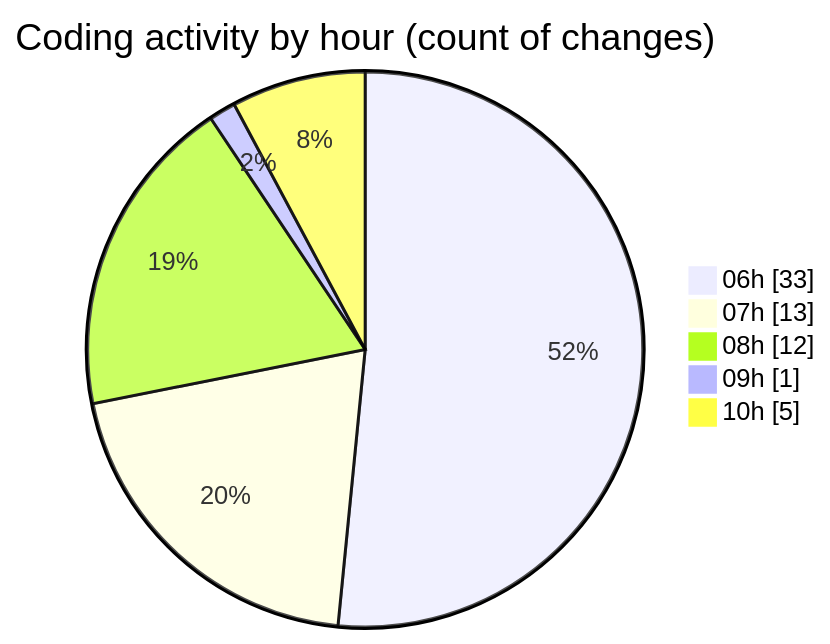
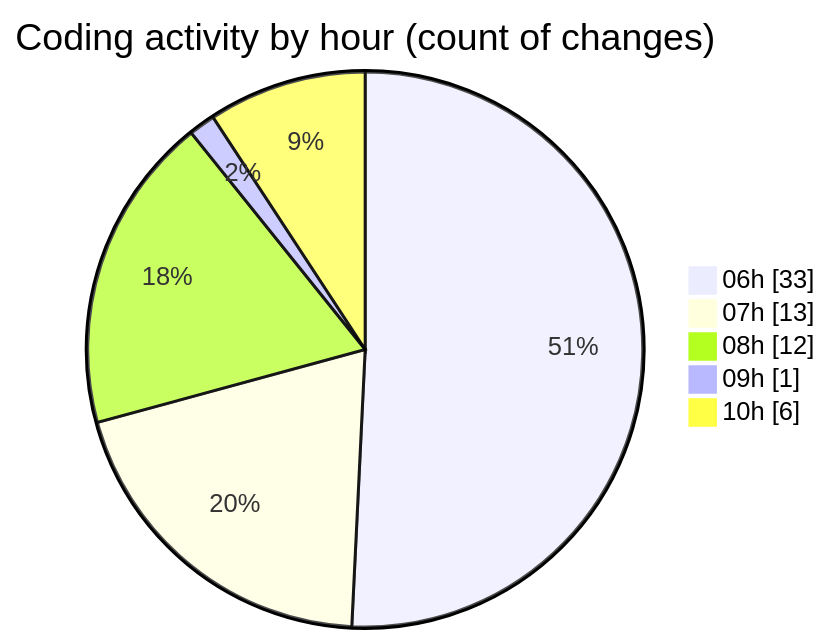
One commit to charlie-sans/code-tracking changed the second of 2 diagrams in 2025-02-21/micros/README.md. Above: the diagram before and after it, drawn with Mermaid. The commit also changed other lines of this file and 1 other file, not shown here.

````diff
--- a/2025-02-21/micros/README.md
+++ b/2025-02-21/micros/README.md
@@ -68,9 +69,9 @@
 ```mermaid
 pie showData
 title Coding activity by hour (count of changes)
 "06h" : 33
 "07h" : 13
 "08h" : 12
 "09h" : 1
-"10h" : 5
+"10h" : 6
 ```
````
